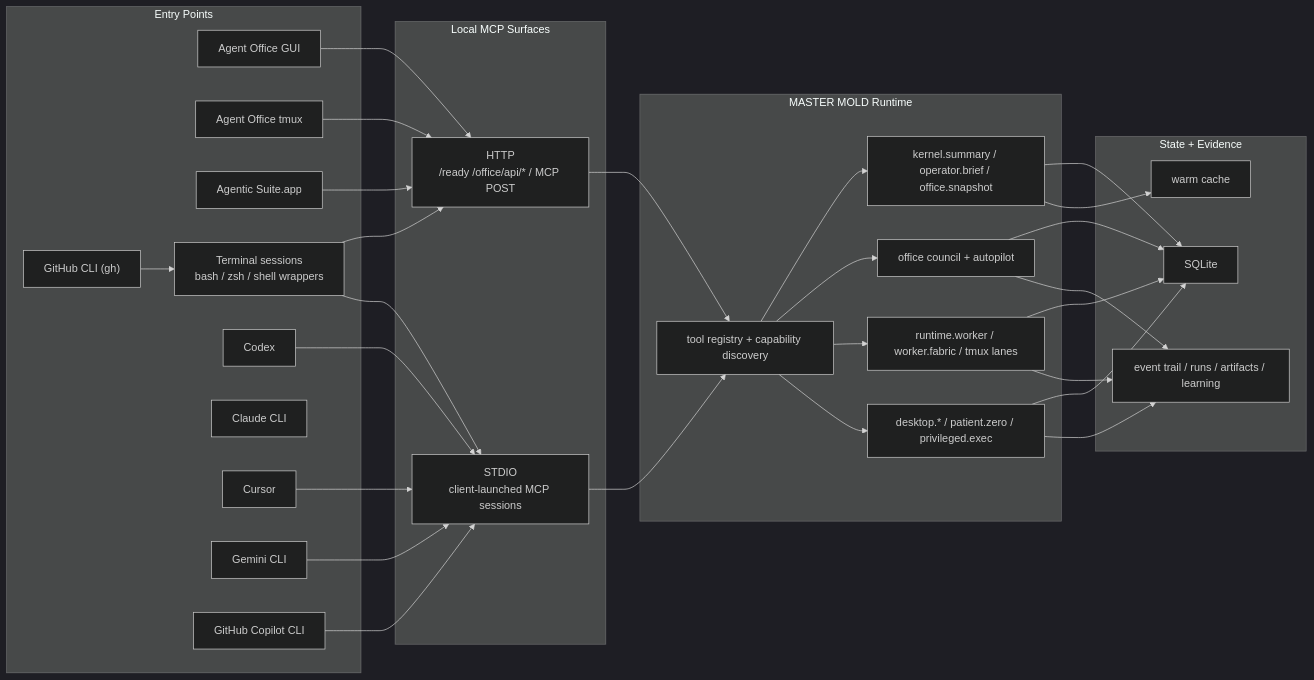
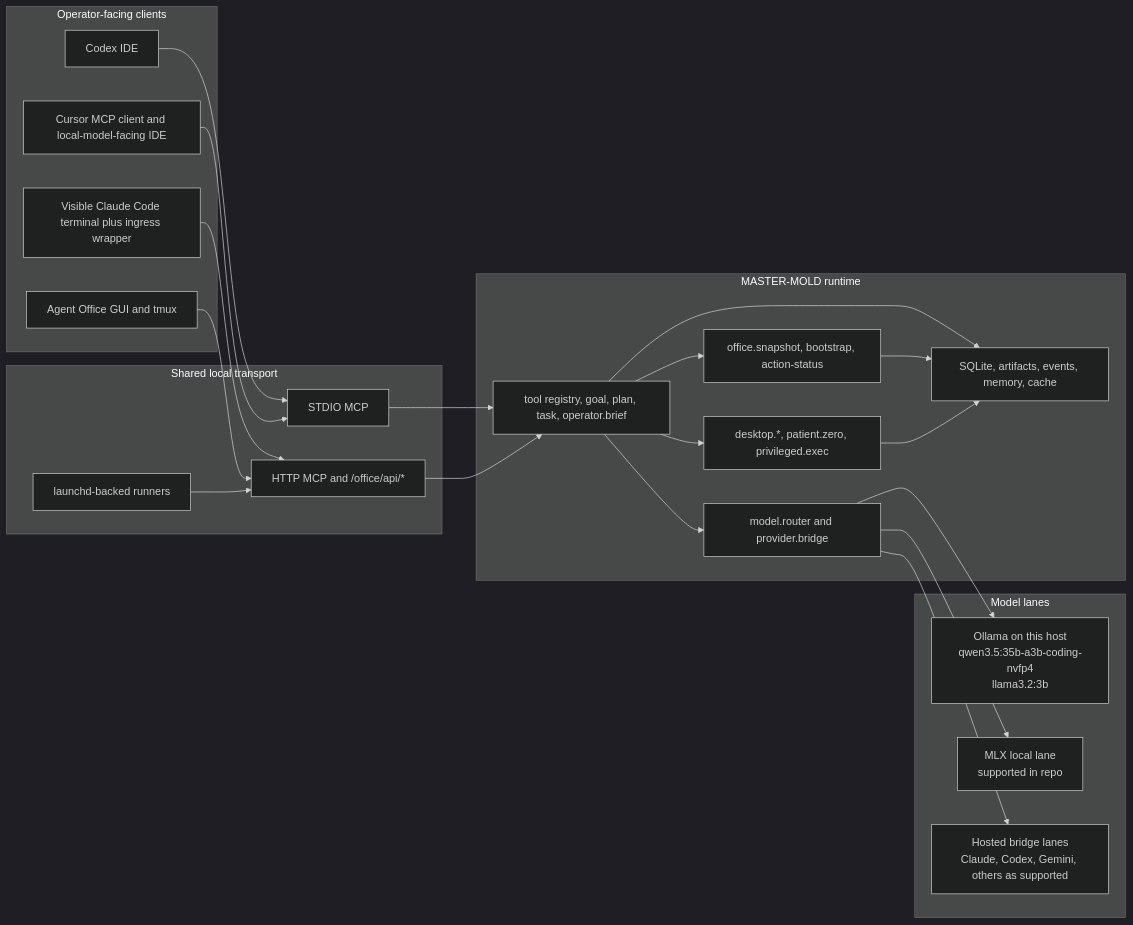
One commit to driverd12/MCPlayground---Core-Template changed the third of 3 diagrams in README.md. Above: the diagram before and after it, drawn with Mermaid (dark theme). The commit also changed other lines of this file and 1 other file, not shown here.

Commit message:
Reframe README around guided MASTER-MOLD story

````diff
--- a/README.md
+++ b/README.md
@@ -208,60 +109,46 @@
 ```mermaid
 flowchart LR
-  subgraph Entry["Entry Points"]
-    OfficeGUI["Agent Office GUI"]
-    OfficeTUI["Agent Office tmux"]
-    Suite["Agentic Suite.app"]
-    Shell["Terminal sessions<br/>bash / zsh / shell wrappers"]
-    Codex["Codex"]
-    Claude["Claude CLI"]
-    Cursor["Cursor"]
-    Gemini["Gemini CLI"]
-    Copilot["GitHub Copilot CLI"]
-    GH["GitHub CLI (gh)"]
+  subgraph Clients["Operator-facing clients"]
+    Codex["Codex IDE"]
+    ClaudeVisible["Visible Claude Code terminal plus ingress wrapper"]
+    Cursor["Cursor MCP client and local-model-facing IDE"]
+    OfficeUI["Agent Office GUI and tmux"]
   end
 
-  subgraph MCP["Local MCP Surfaces"]
-    HTTP["HTTP<br/>/ready /office/api/* / MCP POST"]
-    STDIO["STDIO<br/>client-launched MCP sessions"]
+  subgraph Transport["Shared local transport"]
+    STDIO["STDIO MCP"]
+    HTTP["HTTP MCP and /office/api/*"]
+    Launchd["launchd-backed runners"]
   end
 
-  subgraph Runtime["MASTER MOLD Runtime"]
-    Registry["tool registry + capability discovery"]
-    Brief["kernel.summary / operator.brief / office.snapshot"]
-    Council["office council + autopilot"]
-    Workers["runtime.worker / worker.fabric / tmux lanes"]
-    LocalCtl["desktop.* / patient.zero / privileged.exec"]
+  subgraph Runtime["MASTER-MOLD runtime"]
+    Kernel["tool registry, goal, plan, task, operator.brief"]
+    Office["office.snapshot, bootstrap, action-status"]
+    Router["model.router and provider.bridge"]
+    LocalCtl["desktop.*, patient.zero, privileged.exec"]
+    State["SQLite, artifacts, events, memory, cache"]
   end
 
-  subgraph State["State + Evidence"]
-    DB["SQLite"]
-    Cache["warm cache"]
-    Events["event trail / runs / artifacts / learning"]
+  subgraph Models["Model lanes"]
+    Ollama["Ollama on this host<br/>qwen3.5:35b-a3b-coding-nvfp4<br/>llama3.2:3b"]
+    MLX["MLX local lane<br/>supported in repo"]
+    Hosted["Hosted bridge lanes<br/>Claude, Codex, Gemini, others as supported"]
   end
 
-  OfficeGUI --> HTTP
-  OfficeTUI --> HTTP
-  Suite --> HTTP
-  Shell --> HTTP
-  Shell --> STDIO
   Codex --> STDIO
   Cursor --> STDIO
-  Gemini --> STDIO
-  Copilot --> STDIO
-  GH --> Shell
-
-  HTTP --> Registry
-  STDIO --> Registry
-  Registry --> Brief
-  Registry --> Council
-  Registry --> Workers
-  Registry --> LocalCtl
-  Brief --> DB
-  Council --> DB
-  Workers --> DB
-  LocalCtl --> DB
-  Brief --> Cache
-  Council --> Events
-  Workers --> Events
-  LocalCtl --> Events
+  ClaudeVisible --> HTTP
+  OfficeUI --> HTTP
+  Launchd --> HTTP
+  STDIO --> Kernel
+  HTTP --> Kernel
+  Kernel --> Office
+  Kernel --> Router
+  Kernel --> State
+  Kernel --> LocalCtl
+  Router --> Ollama
+  Router --> MLX
+  Router --> Hosted
+  Office --> State
+  LocalCtl --> State
 ```
````
